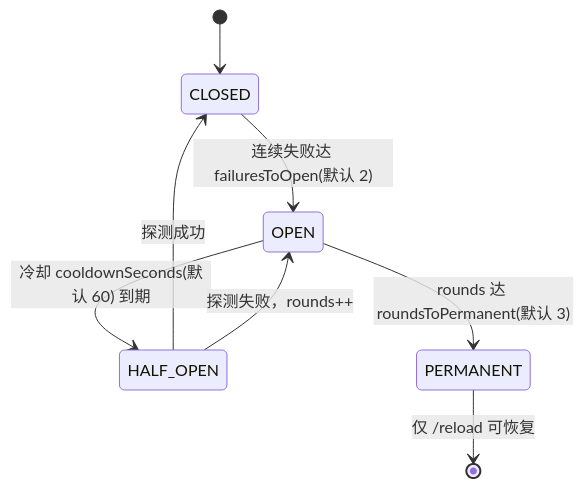
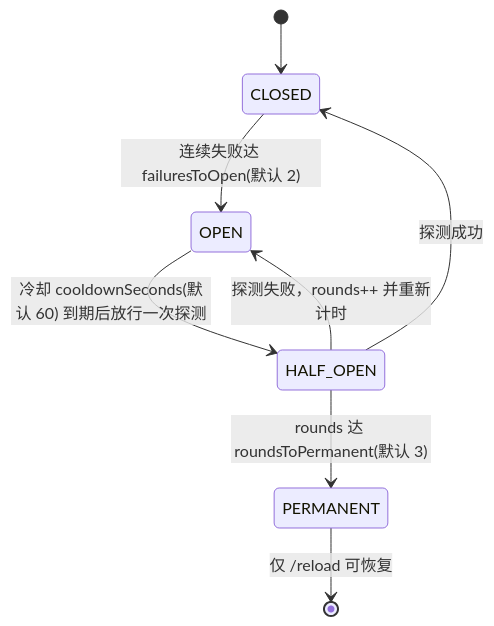
One commit to zcd0831/Jellyfish changed the fifth of 5 diagrams in 跨语言插件方案.md. Above: the diagram before and after it, drawn with Mermaid. The commit also changed other lines of this file and 10 other files, not shown here.

````diff
--- a/跨语言插件方案.md
+++ b/跨语言插件方案.md
@@ -763,10 +792,10 @@
 ```mermaid
 stateDiagram-v2
     [*] --> CLOSED
     CLOSED --> OPEN: 连续失败达 failuresToOpen(默认 2)
-    OPEN --> HALF_OPEN: 冷却 cooldownSeconds(默认 60) 到期
+    OPEN --> HALF_OPEN: 冷却 cooldownSeconds(默认 60) 到期后放行一次探测
     HALF_OPEN --> CLOSED: 探测成功
-    HALF_OPEN --> OPEN: 探测失败，rounds++
-    OPEN --> PERMANENT: rounds 达 roundsToPermanent(默认 3)
+    HALF_OPEN --> OPEN: 探测失败，rounds++ 并重新计时
+    HALF_OPEN --> PERMANENT: rounds 达 roundsToPermanent(默认 3)
     PERMANENT --> [*]: 仅 /reload 可恢复
 ```
````
